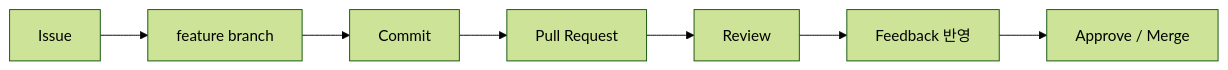
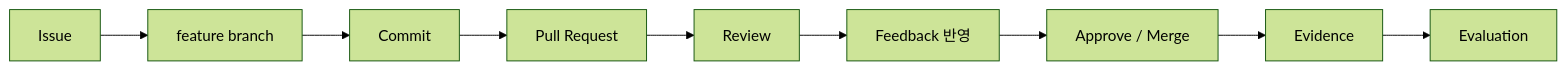
The diagram in training/round-01-clear/BEGINNER-GUIDE.md (MetaStudy999/codyssey-basic-b2-2-git-team-collaboration), drawn with Mermaid (forest theme) before and after one commit. The commit also changed other lines of this file and 22 other files, not shown here.

````diff
--- a/training/round-01-clear/BEGINNER-GUIDE.md
+++ b/training/round-01-clear/BEGINNER-GUIDE.md
@@ -11,9 +57,11 @@
 ```mermaid
 flowchart LR
     A[Issue] --> B[feature branch]
     B --> C[Commit]
     C --> D[Pull Request]
     D --> E[Review]
     E --> F[Feedback 반영]
     F --> G[Approve / Merge]
+    G --> H[Evidence]
+    H --> I[Evaluation]
 ```
````
